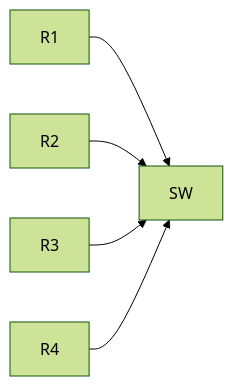
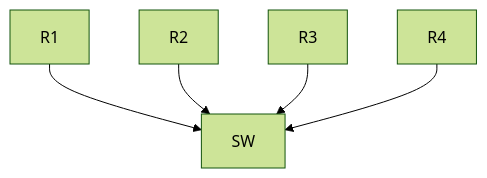
One commit to Rajeev-Tamang/OSPF changed the fourth of 5 diagrams in Open Shortest Path First (OSPF).md. Above: the diagram before and after it, drawn with Mermaid (forest theme). The commit also changed other lines of this file, not shown here.

````diff
--- a/Open Shortest Path First (OSPF).md
+++ b/Open Shortest Path First (OSPF).md
@@ -260,7 +260,7 @@
 ```mermaid
-graph LR;
+graph TD;
     R1 --> SW;
     R2 --> SW;
     R3 --> SW;
     R4 --> SW;
 ```
````
